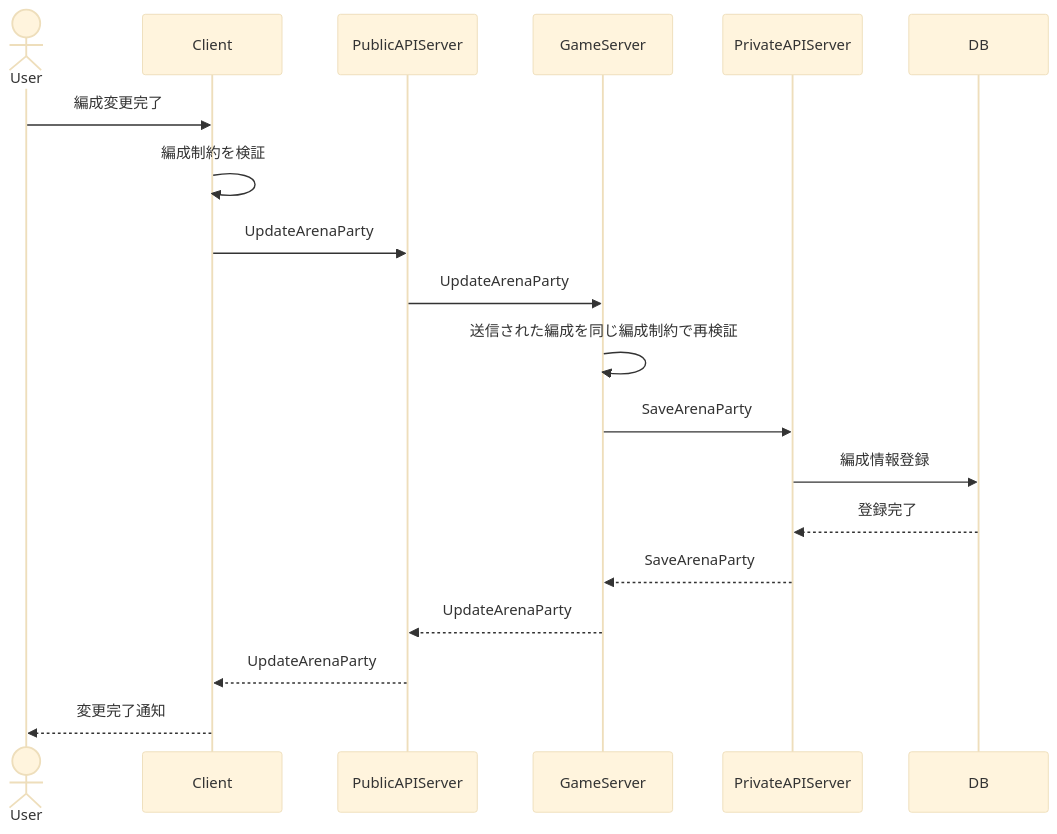
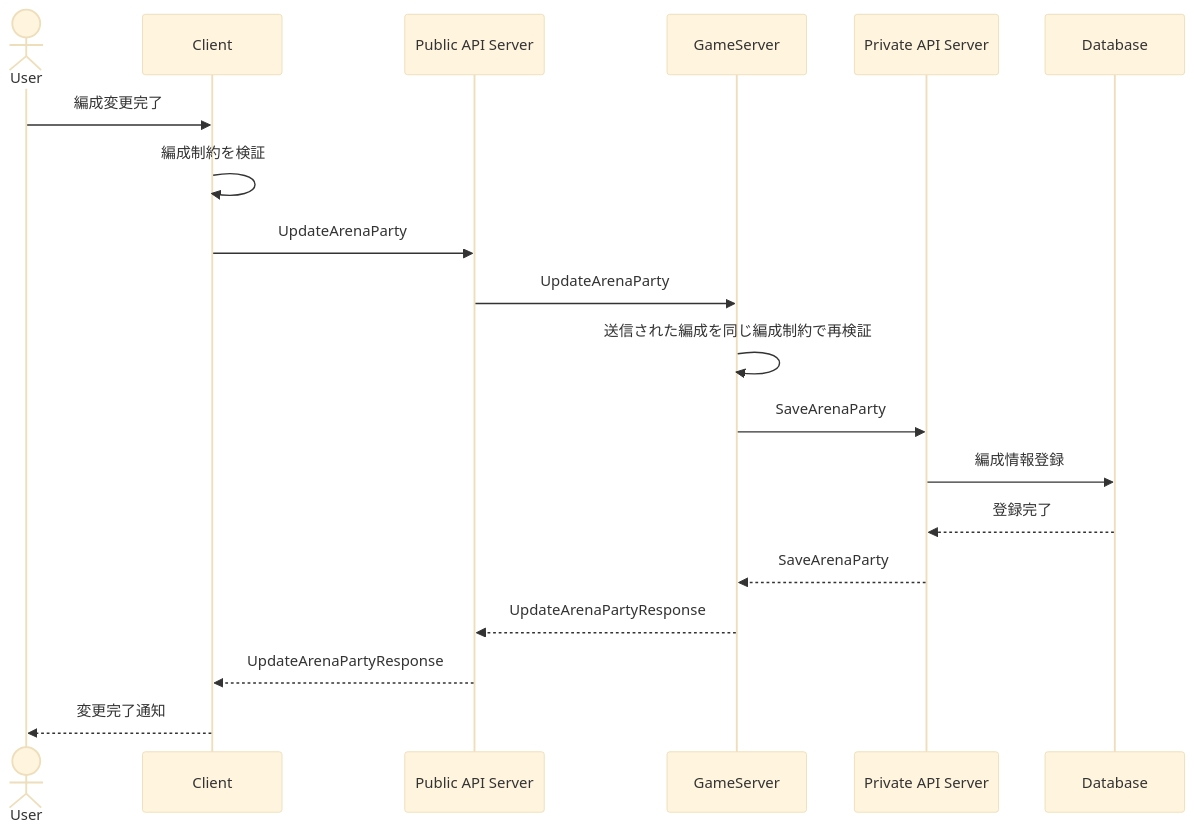
Before and after one commit to ReHydrangeaOdyssey/Specifications: the first of 2 diagrams in design/server/arina.md, drawn with Mermaid (base theme). The commit also changed other lines of this file and 12 other files, not shown here.

Commit message:
図などの名称の統一

````diff
--- a/design/server/arina.md
+++ b/design/server/arina.md
@@ -5,22 +5,22 @@
 ```mermaid
 sequenceDiagram
     actor User
     participant Client
-    participant PublicAPIServer
+    participant PublicAPIServer as Public API Server
     participant GameServer
-    participant PrivateAPIServer
-    participant DB
+    participant PrivateAPIServer as Private API Server
+    participant Database
 
     User->>Client: 編成変更完了
     Client->>Client: 編成制約を検証
     Client->>PublicAPIServer: UpdateArenaParty
     PublicAPIServer->>GameServer: UpdateArenaParty
     GameServer->>GameServer: 送信された編成を同じ編成制約で再検証
     GameServer->>PrivateAPIServer: SaveArenaParty
-    PrivateAPIServer->>DB: 編成情報登録
-    DB-->>PrivateAPIServer: 登録完了
+    PrivateAPIServer->>Database: 編成情報登録
+    Database-->>PrivateAPIServer: 登録完了
     PrivateAPIServer-->>GameServer: SaveArenaParty
-    GameServer-->>PublicAPIServer: UpdateArenaParty
-    PublicAPIServer-->>Client: UpdateArenaParty
+    GameServer-->>PublicAPIServer: UpdateArenaPartyResponse
+    PublicAPIServer-->>Client: UpdateArenaPartyResponse
     Client-->>User: 変更完了通知
 ```
````
